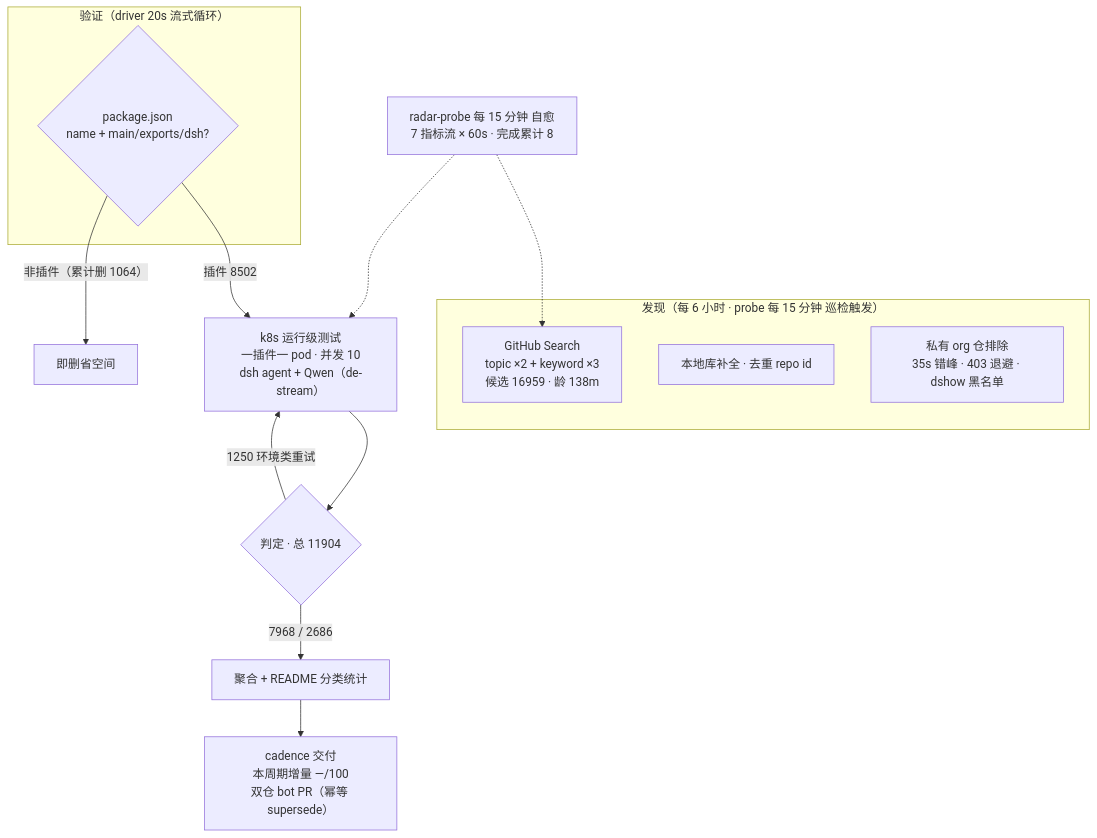
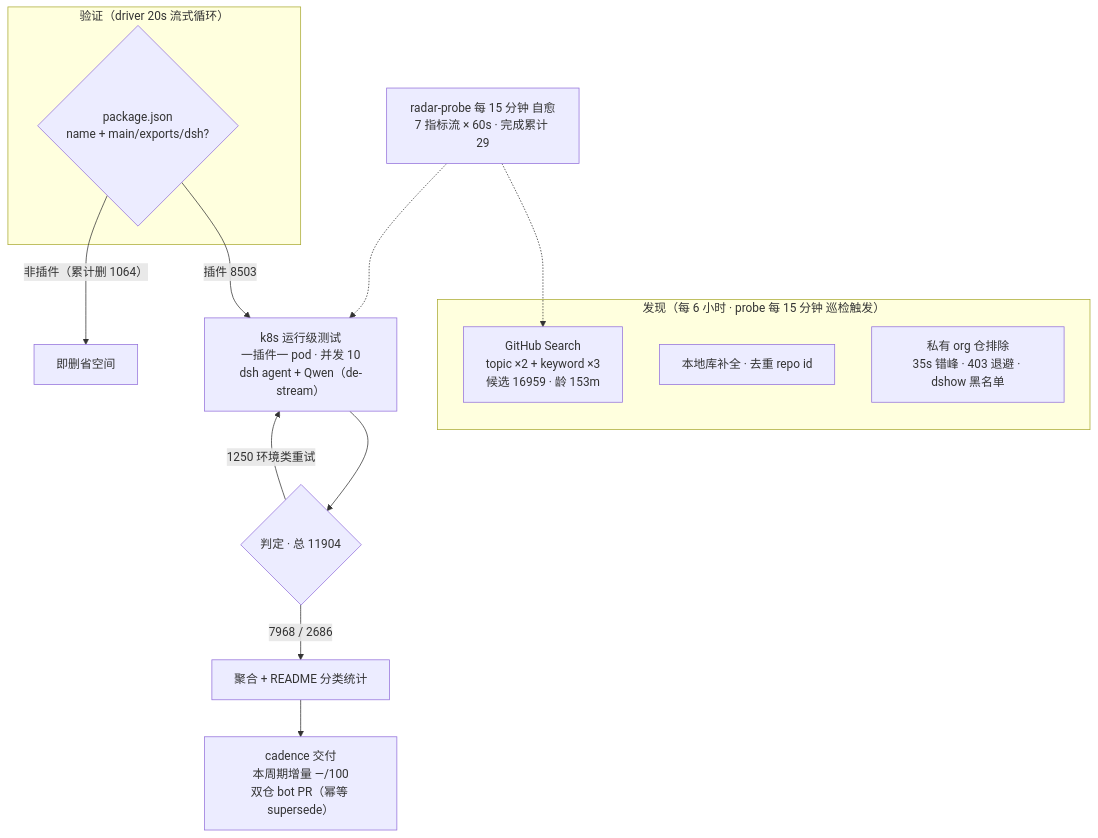
The diagram in README.md (Zhidao-Lab-OSS/awesome-dsh-plugins), drawn with Mermaid before and after one commit. The commit also changed other lines of this file and 1 other file, not shown here.

````diff
--- a/README.md
+++ b/README.md
@@ -52,20 +52,20 @@
 ```mermaid
 flowchart TB
     subgraph Discovery["发现（每 6 小时 · probe 每 15 分钟 巡检触发）"]
-        A1["GitHub Search<br/>topic ×2 + keyword ×3<br/>候选 16959 · 龄 138m"]
+        A1["GitHub Search<br/>topic ×2 + keyword ×3<br/>候选 16959 · 龄 153m"]
         A2["本地库补全 · 去重 repo id"]
         A3["私有 org 仓排除<br/>35s 错峰 · 403 退避 · dshow 黑名单"]
     end
     subgraph Validation["验证（driver 20s 流式循环）"]
         B1{"package.json<br/>name + main/exports/dsh?"}
     end
-    B1 -->|"插件 8502"| C1["k8s 运行级测试<br/>一插件一 pod · 并发 10<br/>dsh agent + Qwen（de-stream）"]
+    B1 -->|"插件 8503"| C1["k8s 运行级测试<br/>一插件一 pod · 并发 10<br/>dsh agent + Qwen（de-stream）"]
     B1 -->|"非插件（累计删 1064）"| B3["即删省空间"]
     C1 --> D1{"判定 · 总 11904"}
     D1 -->|"7968 / 2686"| E1["聚合 + README 分类统计"]
     D1 -->|"1250 环境类重试"| C1
     E1 --> E2["cadence 交付<br/>本周期增量 —/100<br/>双仓 bot PR（幂等 supersede）"]
-    M["radar-probe 每 15 分钟 自愈<br/>7 指标流 × 60s · 完成累计 8"]
+    M["radar-probe 每 15 分钟 自愈<br/>7 指标流 × 60s · 完成累计 29"]
     M -.-> A1
     M -.-> C1
 ```
````
